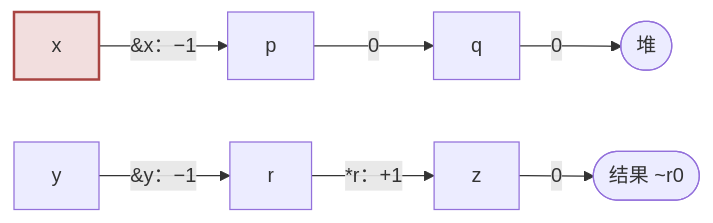
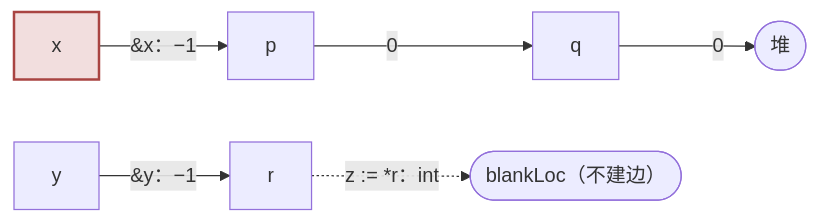
One commit to golang-design/under-the-hood changed the diagram in book/zh-cn/part5toolchain/ch15compile/escape.md. Above: the diagram before and after it, drawn with Mermaid. The commit also changed other lines of this file and 1 other file, not shown here.

First line of the commit message:
content(ch15): int flows in example f record no edge

````diff
--- a/book/zh-cn/part5toolchain/ch15compile/escape.md
+++ b/book/zh-cn/part5toolchain/ch15compile/escape.md
@@ -305,7 +305,7 @@
 ```mermaid
 flowchart LR
     X["x"] -->|"&x：−1"| P["p"] -->|"0"| Q["q"] -->|"0"| HEAP(["堆"])
-    Y["y"] -->|"&y：−1"| R["r"] -->|"*r：+1"| Z["z"] -->|"0"| RES(["结果 ~r0"])
+    Y["y"] -->|"&y：−1"| R["r"] -.->|"z := *r：int"| BL(["blankLoc（不建边）"])
     classDef esc fill:#f2dede,stroke:#a94442,stroke-width:2px;
     class X esc;
 ```
````
